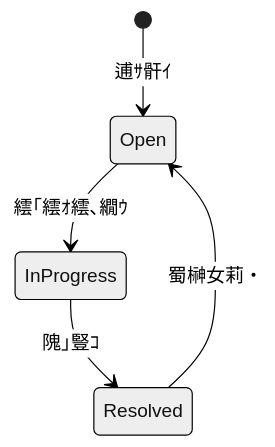
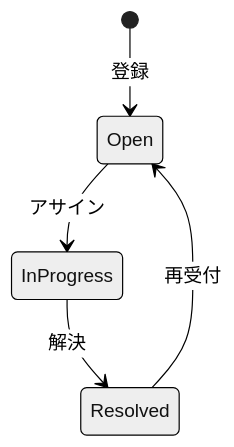
One commit to kumachan1101-pixel/DesignPattern changed the first of 11 diagrams in kindle/design-patterns/output/chapter09_2.md. Above: the diagram before and after it, drawn with Mermaid (neutral theme). The commit also changed other lines of this file and 5 other files, not shown here.

````diff
--- a/kindle/design-patterns/output/chapter09_2.md
+++ b/kindle/design-patterns/output/chapter09_2.md
@@ -84,7 +84,7 @@
 ```mermaid
 stateDiagram-v2
-    [*] --> Open : 逋ｻ骭ｲ
-    Open --> InProgress : 繧｢繧ｵ繧､繝ｳ
-    InProgress --> Resolved : 隗｣豎ｺ
-    Resolved --> Open : 蜀榊女莉・
+    [*] --> Open : 登録
+    Open --> InProgress : アサイン
+    InProgress --> Resolved : 解決
+    Resolved --> Open : 再受付
 ```
````
